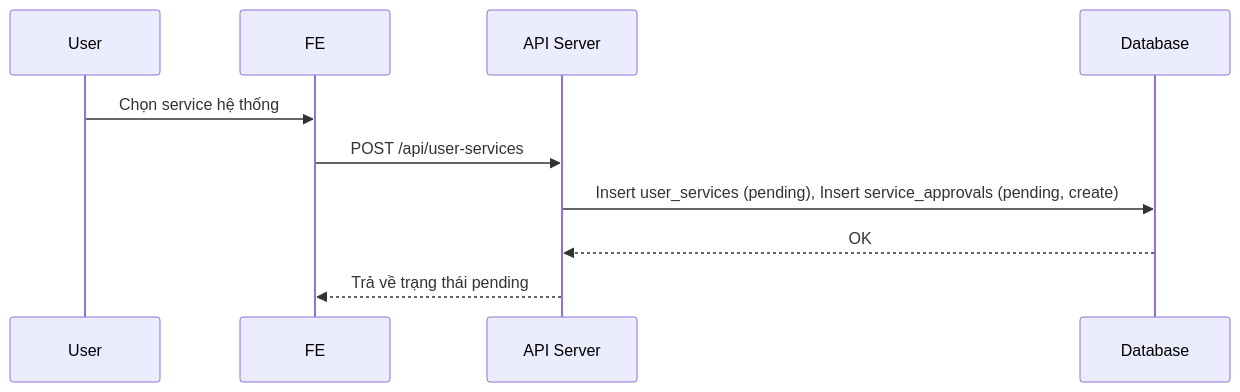
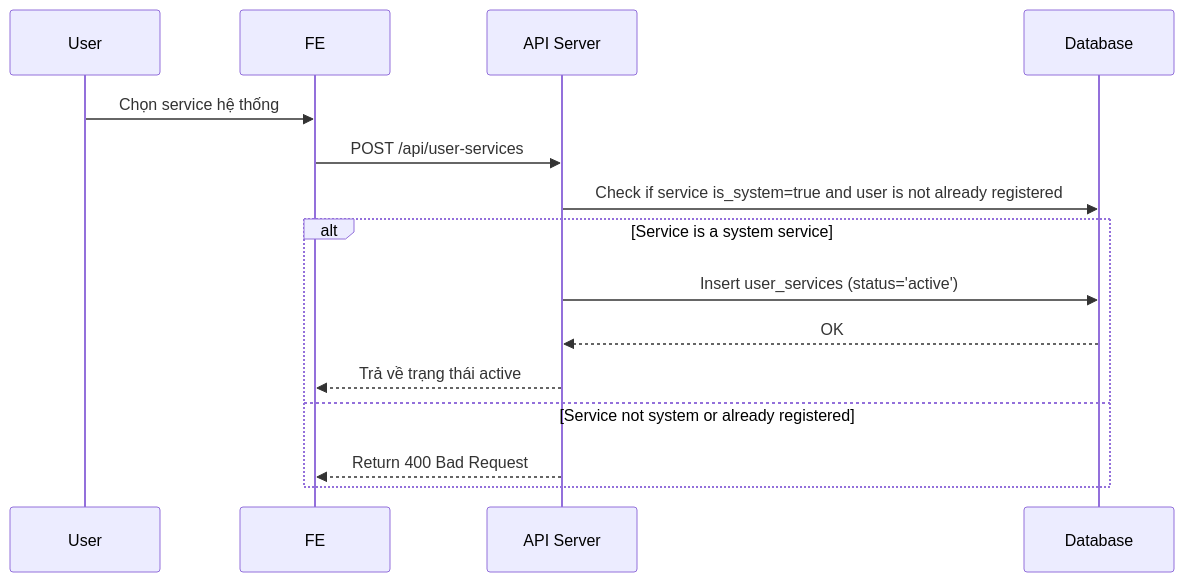
Before and after one commit to NguyenNgocHongHan/MINHTHUShop: the seventh of 9 diagrams in notifications.md, drawn with Mermaid. The commit also changed other lines of this file, not shown here.

````diff
--- a/notifications.md
+++ b/notifications.md
@@ -428,13 +523,18 @@
 ```mermaid
 sequenceDiagram
   participant User
   participant FE
   participant API as API Server
   participant DB as Database
 
   User->>FE: Chọn service hệ thống
   FE->>API: POST /api/user-services
-  API->>DB: Insert user_services (pending), Insert service_approvals (pending, create)
-  DB-->>API: OK
-  API-->>FE: Trả về trạng thái pending
+  API->>DB: Check if service is_system=true and user is not already registered
+  alt Service is a system service
+    API->>DB: Insert user_services (status='active')
+    DB-->>API: OK
+    API-->>FE: Trả về trạng thái active
+  else Service not system or already registered
+     API-->>FE: Return 400 Bad Request
+  end
 ```
````
